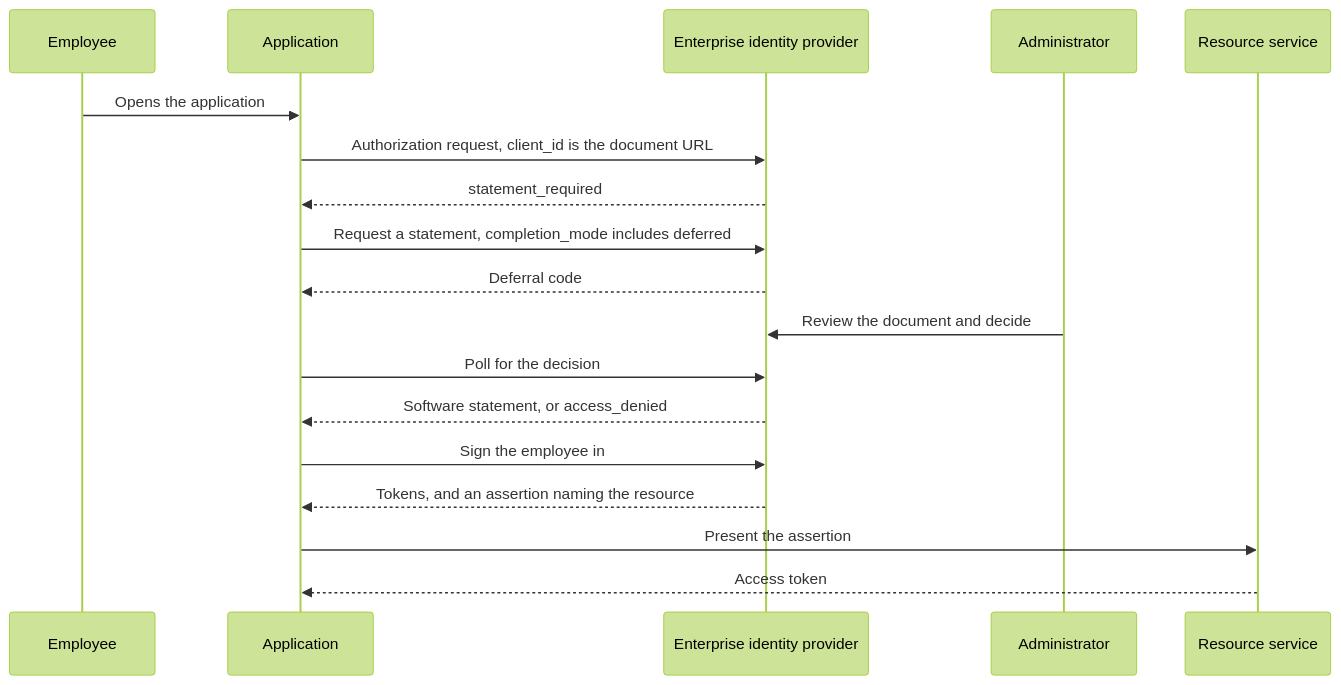
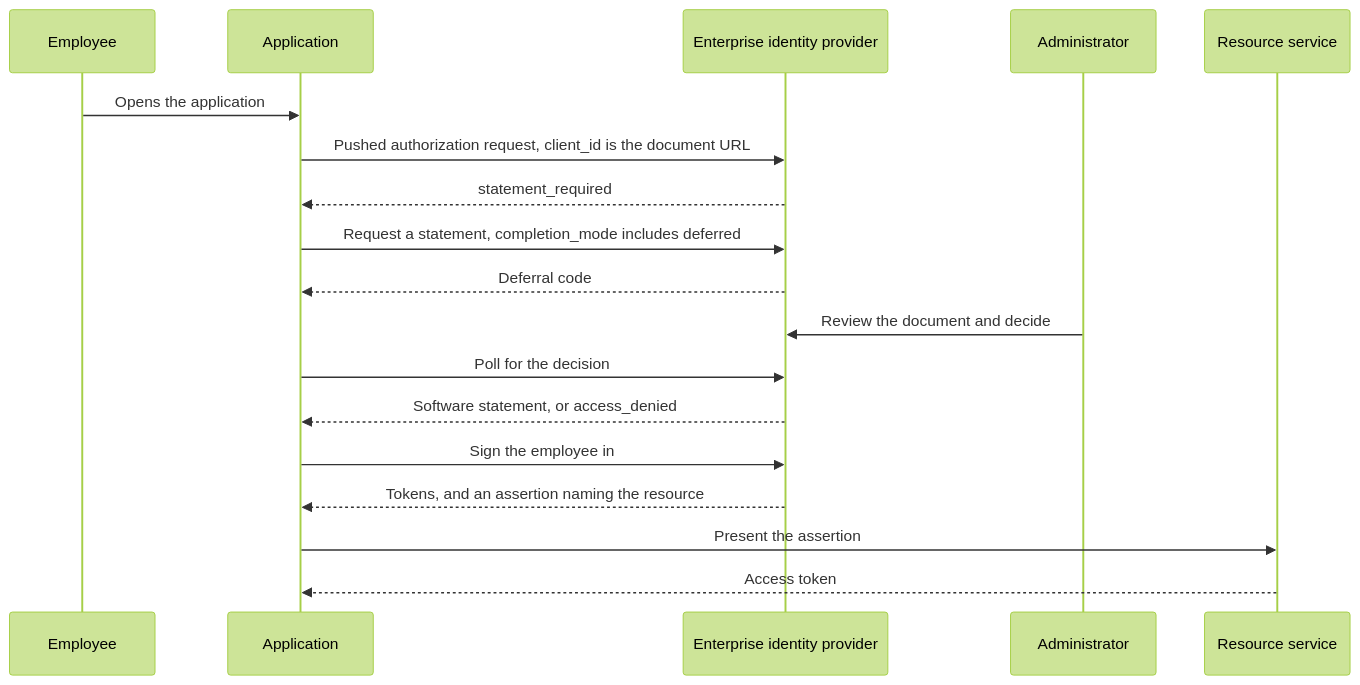
One commit to mcguinness/draft-mcguinness-oauth-software-statement-issuance changed the diagram in admin-consent-sketch.md. Above: the diagram before and after it, drawn with Mermaid (forest theme). The commit also changed other lines of this file and 4 other files, not shown here.

````diff
--- a/admin-consent-sketch.md
+++ b/admin-consent-sketch.md
@@ -77,20 +79,20 @@
 ```mermaid
 sequenceDiagram
     participant User as Employee
     participant App as Application
     participant IdP as Enterprise identity provider
     participant Admin as Administrator
     participant SaaS as Resource service
     User->>App: Opens the application
-    App->>IdP: Authorization request, client_id is the document URL
+    App->>IdP: Pushed authorization request, client_id is the document URL
     IdP-->>App: statement_required
     App->>IdP: Request a statement, completion_mode includes deferred
     IdP-->>App: Deferral code
     Admin->>IdP: Review the document and decide
     App->>IdP: Poll for the decision
     IdP-->>App: Software statement, or access_denied
     App->>IdP: Sign the employee in
     IdP-->>App: Tokens, and an assertion naming the resource
     App->>SaaS: Present the assertion
     SaaS-->>App: Access token
 ```
````
